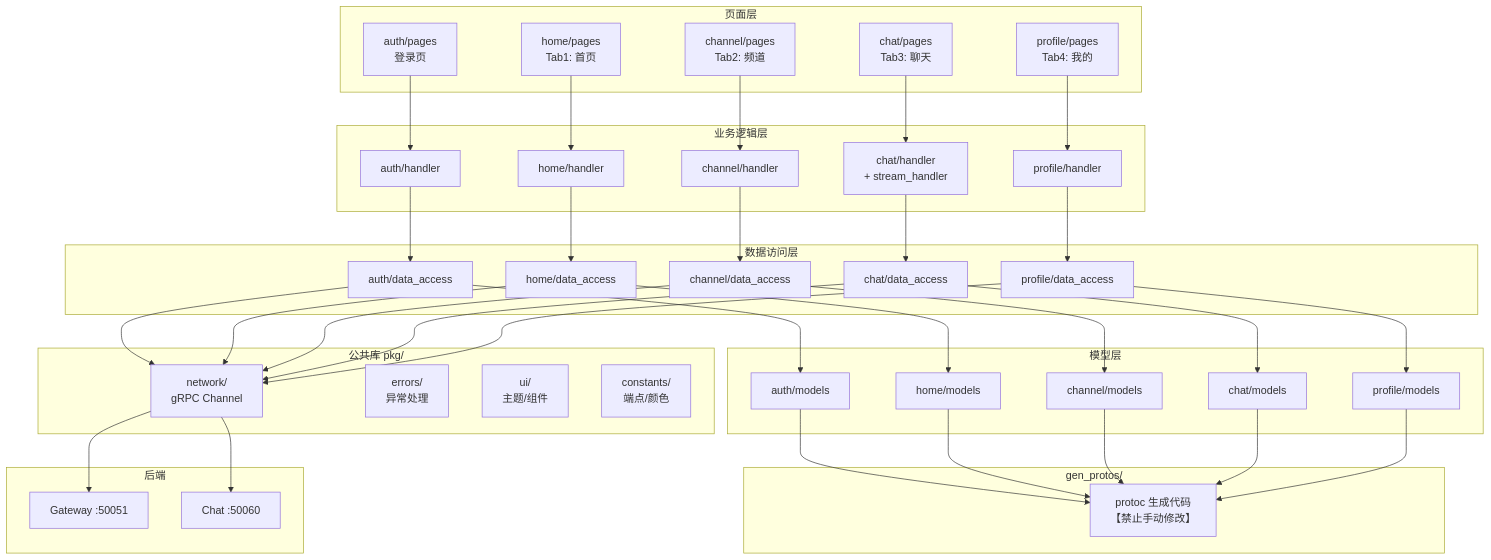
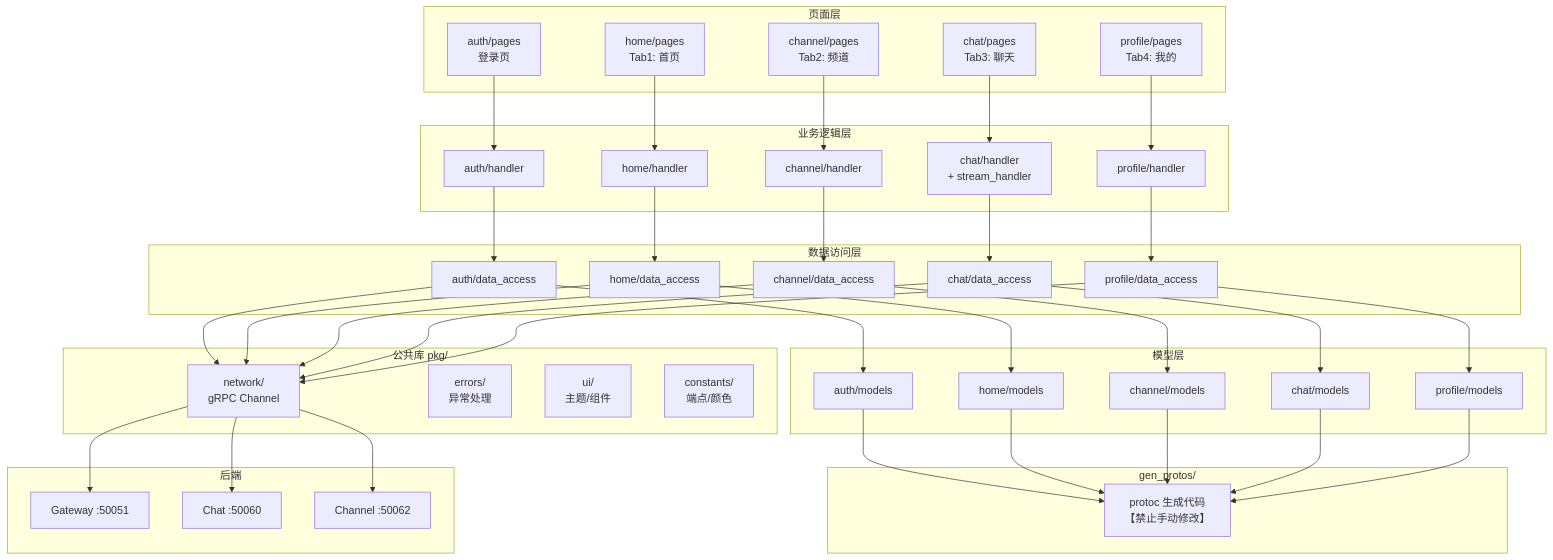
One commit to funcdfs/lesser changed the second of 3 diagrams in docs/架构梳理.md. Above: the diagram before and after it, drawn with Mermaid. The commit also changed other lines of this file and 243 other files, not shown here.

````diff
--- a/docs/架构梳理.md
+++ b/docs/架构梳理.md
@@ -123,6 +127,7 @@
     subgraph Backend["后端"]
         GW["Gateway :50051"]
         ChatSvc["Chat :50060"]
+        ChannelSvc["Channel :50062"]
     end
 
     AuthPage --> AuthHandler
@@ -157,4 +162,5 @@
 
     Network --> GW
     Network --> ChatSvc
+    Network --> ChannelSvc
 ```
````
